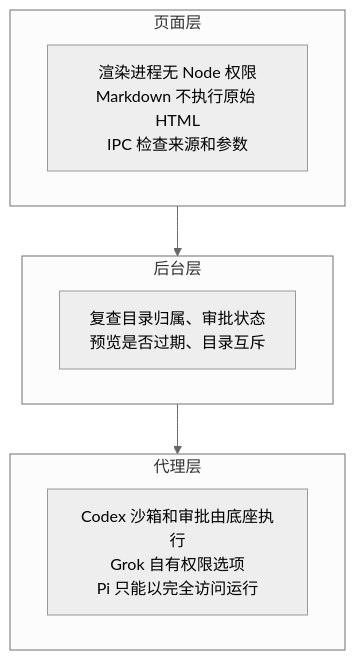
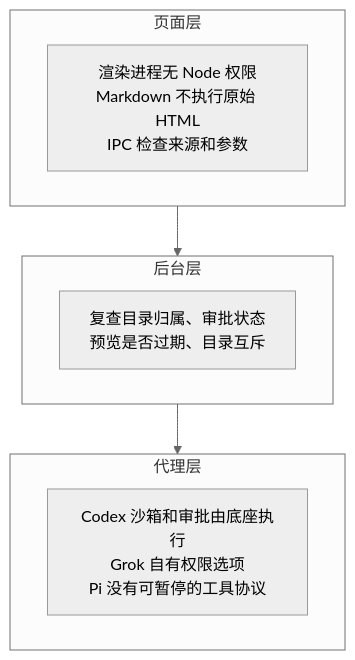
One commit to shqingda/moose changed the second of 4 diagrams in docs/interview/reference/05-security-and-verification.md. Above: the diagram before and after it, drawn with Mermaid (neutral theme). The commit also changed other lines of this file and 33 other files, not shown here.

````diff
--- a/docs/interview/reference/05-security-and-verification.md
+++ b/docs/interview/reference/05-security-and-verification.md
@@ -49,13 +49,13 @@
 ```mermaid
 flowchart TB
     subgraph L1["页面层"]
         P["渲染进程无 Node 权限<br/>Markdown 不执行原始 HTML<br/>IPC 检查来源和参数"]
     end
     subgraph L2["后台层"]
         B["复查目录归属、审批状态<br/>预览是否过期、目录互斥"]
     end
     subgraph L3["代理层"]
-        A["Codex 沙箱和审批由底座执行<br/>Grok 自有权限选项<br/>Pi 只能以完全访问运行"]
+        A["Codex 沙箱和审批由底座执行<br/>Grok 自有权限选项<br/>Pi 没有可暂停的工具协议"]
     end
     L1 --> L2 --> L3
 ```
````
